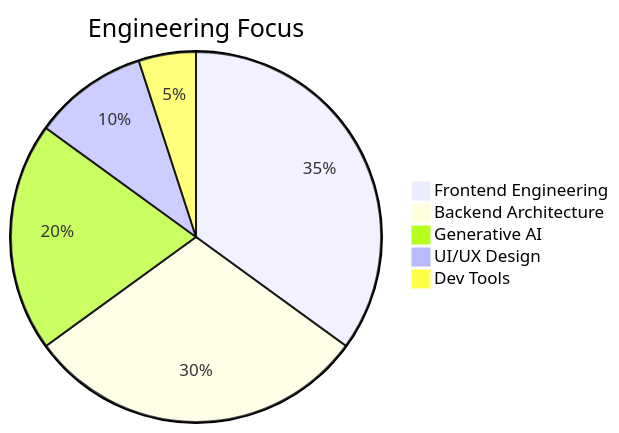
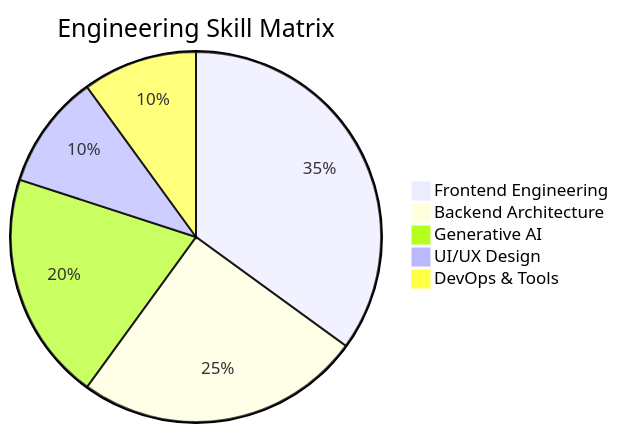
Before and after one commit to Git-WarLord/RahulUpadhyay: the diagram in README.md, drawn with Mermaid. The commit also changed other lines of this file, not shown here.

````diff
--- a/README.md
+++ b/README.md
@@ -78,8 +90,8 @@
 ```mermaid
-pie title Engineering Focus
+pie title Engineering Skill Matrix
     "Frontend Engineering" : 35
-    "Backend Architecture" : 30
+    "Backend Architecture" : 25
     "Generative AI" : 20
     "UI/UX Design" : 10
-    "Dev Tools" : 5
+    "DevOps & Tools" : 10
 ```
````
